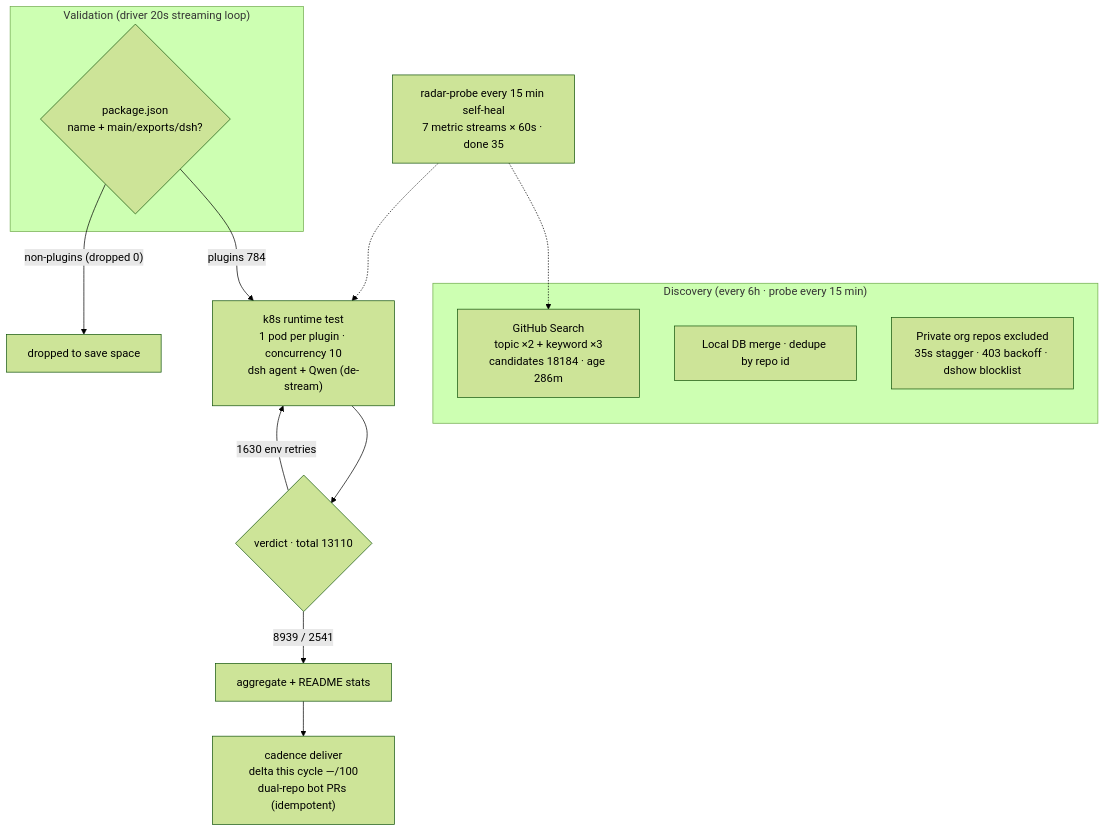
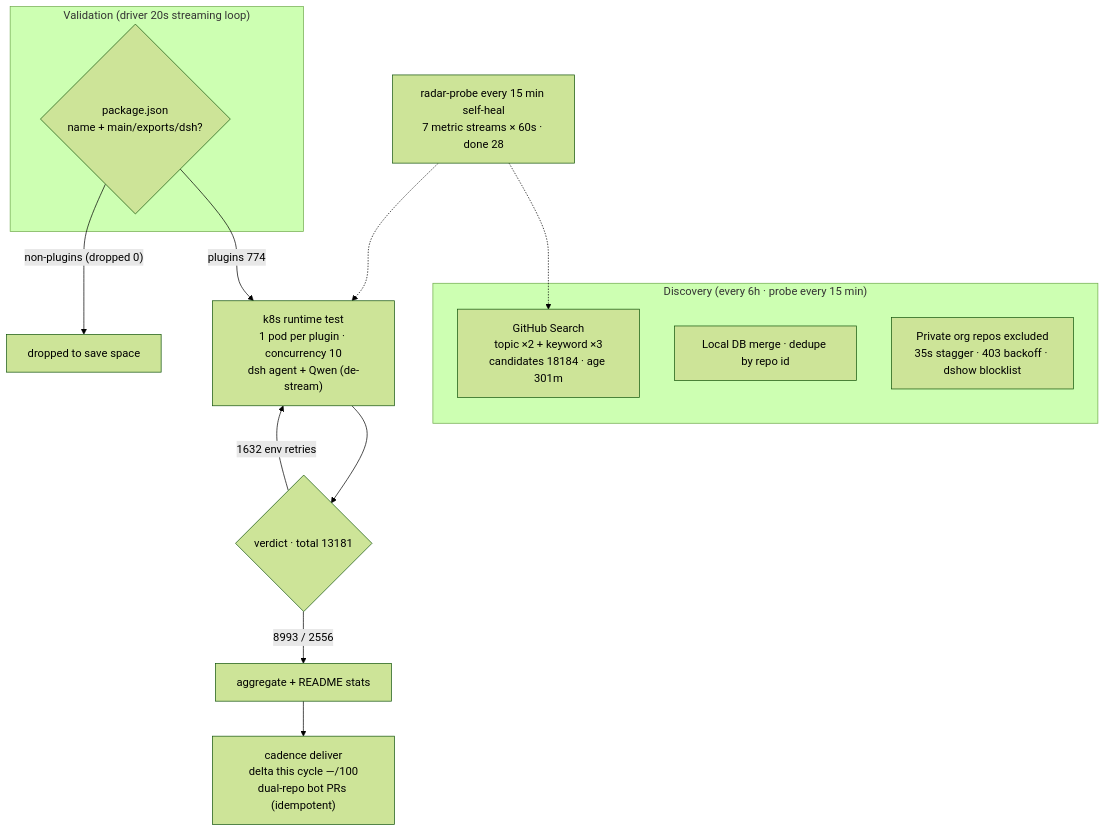
The diagram in README.en-US.md (AdamPlatin123/awesome-dsh-plugins), drawn with Mermaid (forest theme) before and after one commit. The commit also changed other lines of this file and 5 other files, not shown here.

````diff
--- a/README.en-US.md
+++ b/README.en-US.md
@@ -45,20 +45,20 @@
 ```mermaid
 flowchart TB
     subgraph Discovery["Discovery (every 6h · probe every 15 min)"]
-        A1["GitHub Search<br/>topic ×2 + keyword ×3<br/>candidates 18184 · age 286m"]
+        A1["GitHub Search<br/>topic ×2 + keyword ×3<br/>candidates 18184 · age 301m"]
         A2["Local DB merge · dedupe by repo id"]
         A3["Private org repos excluded<br/>35s stagger · 403 backoff · dshow blocklist"]
     end
     subgraph Validation["Validation (driver 20s streaming loop)"]
         B1{"package.json<br/>name + main/exports/dsh?"}
     end
-    B1 -->|"plugins 784"| C1["k8s runtime test<br/>1 pod per plugin · concurrency 10<br/>dsh agent + Qwen (de-stream)"]
+    B1 -->|"plugins 774"| C1["k8s runtime test<br/>1 pod per plugin · concurrency 10<br/>dsh agent + Qwen (de-stream)"]
     B1 -->|"non-plugins (dropped 0)"| B3["dropped to save space"]
-    C1 --> D1{"verdict · total 13110"}
-    D1 -->|"8939 / 2541"| E1["aggregate + README stats"]
-    D1 -->|"1630 env retries"| C1
+    C1 --> D1{"verdict · total 13181"}
+    D1 -->|"8993 / 2556"| E1["aggregate + README stats"]
+    D1 -->|"1632 env retries"| C1
     E1 --> E2["cadence deliver<br/>delta this cycle —/100<br/>dual-repo bot PRs (idempotent)"]
-    M["radar-probe every 15 min self-heal<br/>7 metric streams × 60s · done 35"]
+    M["radar-probe every 15 min self-heal<br/>7 metric streams × 60s · done 28"]
     M -.-> A1
     M -.-> C1
 ```
````
